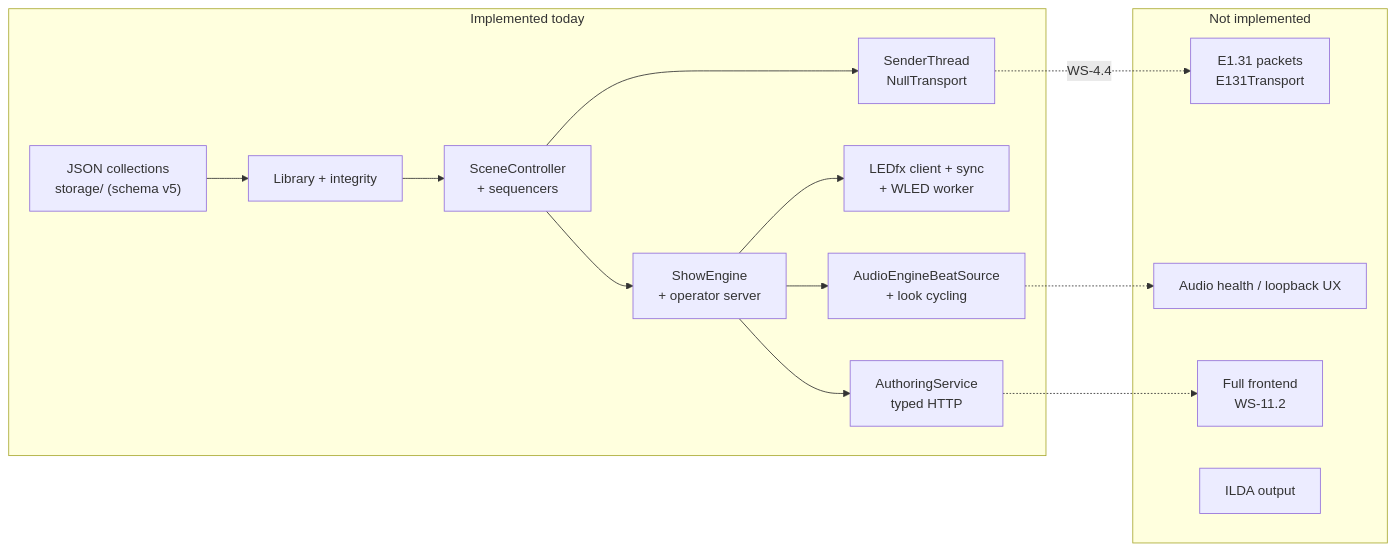
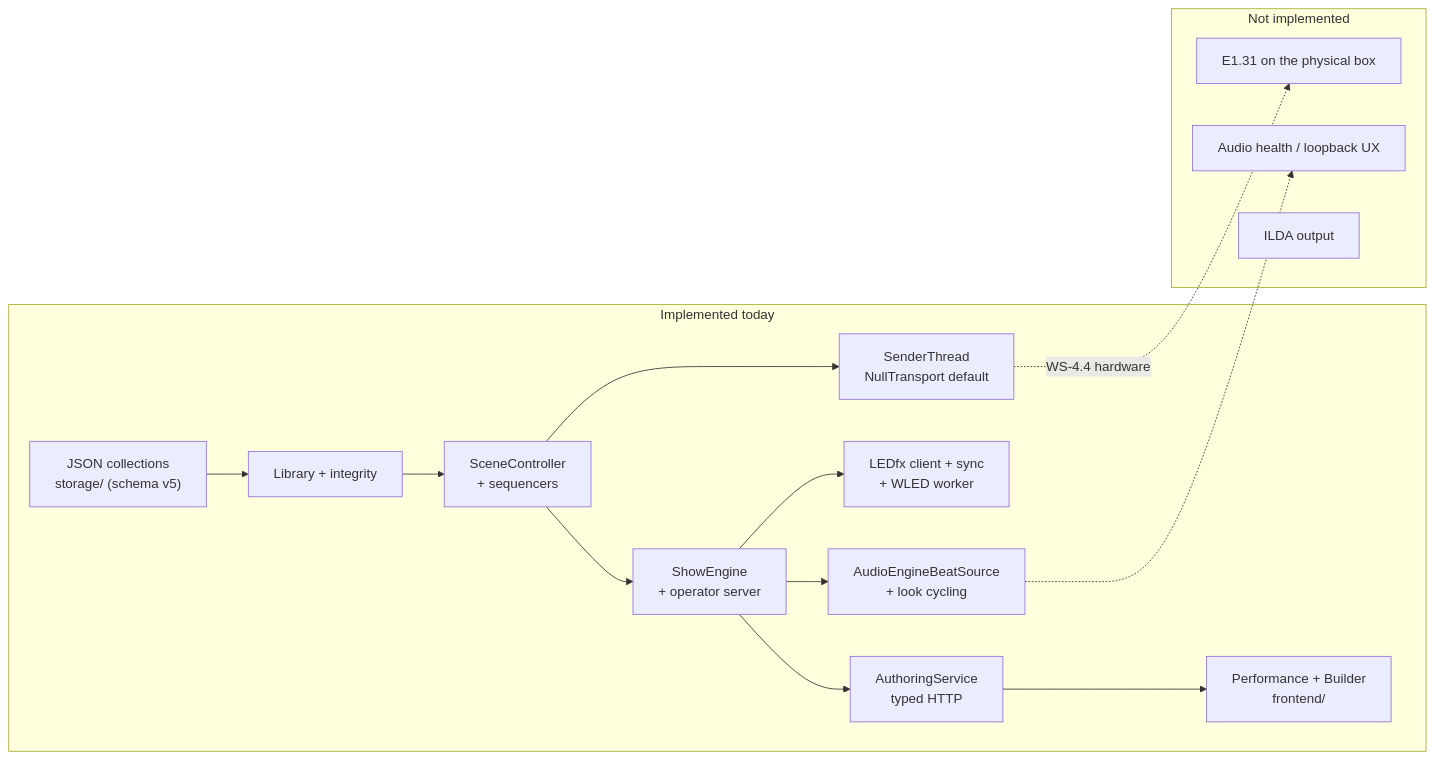
One commit to glane339/lightsappnew changed the diagram in docs/project_overview.md. Above: the diagram before and after it, drawn with Mermaid. The commit also changed other lines of this file and 12 other files, not shown here.

````diff
--- a/docs/project_overview.md
+++ b/docs/project_overview.md
@@ -253,27 +258,27 @@
 ```mermaid
 flowchart LR
     subgraph now["Implemented today"]
         S1["JSON collections<br/>storage/ (schema v5)"]
         S2["Library + integrity"]
         S3["SceneController<br/>+ sequencers"]
         S4["ShowEngine<br/>+ operator server"]
-        S5["SenderThread<br/>NullTransport"]
+        S5["SenderThread<br/>NullTransport default"]
         S6["LEDfx client + sync<br/>+ WLED worker"]
         S7["AuthoringService<br/>typed HTTP"]
         S8["AudioEngineBeatSource<br/>+ look cycling"]
+        S9["Performance + Builder<br/>frontend/"]
         S1 --> S2 --> S3 --> S4
         S3 --> S5
         S4 --> S6
         S4 --> S7
         S4 --> S8
+        S7 --> S9
     end
     subgraph gap["Not implemented"]
-        G1["E1.31 packets<br/>E131Transport"]
+        G1["E1.31 on the physical box"]
         G2["Audio health / loopback UX"]
-        G4["Full frontend<br/>WS-11.2"]
         G5["ILDA output"]
     end
-    S5 -.->|"WS-4.4"| G1
+    S5 -.->|"WS-4.4 hardware"| G1
     S8 -.-> G2
-    S7 -.-> G4
 ```
````
